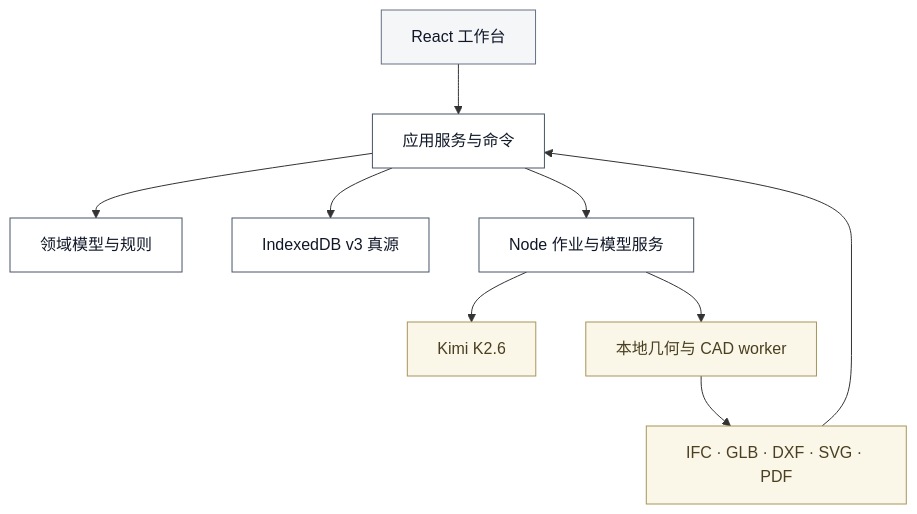
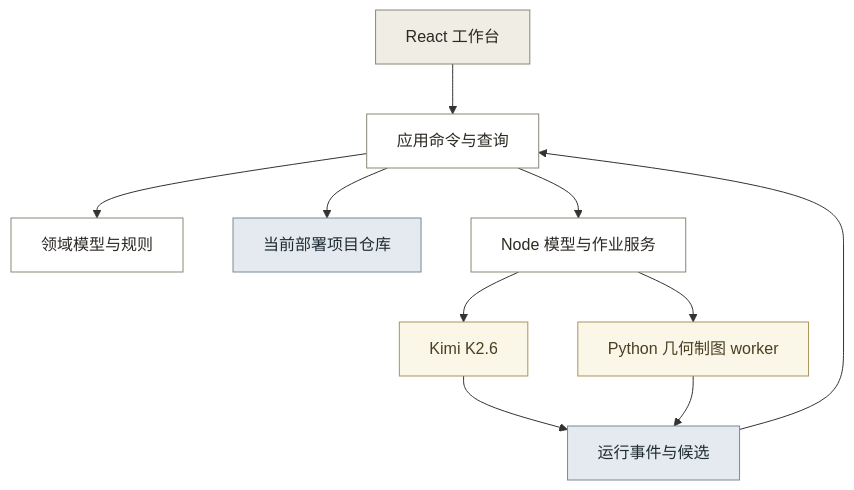
Before and after one commit to jiajiajiang91-design/gujian-conservation-workbench: the first of 2 diagrams in 13-9_技术架构_古建保护成果工作台.md, drawn with Mermaid. The commit also changed other lines of this file, not shown here.

Commit message:
docs(architecture): define professional workbench v1.2

````diff
--- a/13-9_技术架构_古建保护成果工作台.md
+++ b/13-9_技术架构_古建保护成果工作台.md
@@ -82,18 +80,21 @@
 ```mermaid
 flowchart TB
-    UI["React 工作台"] --> APP["应用服务与命令"]
+    UI["React 工作台"] --> APP["应用命令与查询"]
     APP --> DOMAIN["领域模型与规则"]
-    APP --> DB["IndexedDB v3 真源"]
-    APP --> NODE["Node 作业与模型服务"]
+    APP --> REPO["当前部署项目仓库"]
+    APP --> NODE["Node 模型与作业服务"]
     NODE --> KIMI["Kimi K2.6"]
-    NODE --> CAD["本地几何与 CAD worker"]
-    CAD --> OUTPUT["IFC · GLB · DXF · SVG · PDF"]
-    OUTPUT --> APP
+    NODE --> CAD["Python 几何制图 worker"]
+    KIMI --> RESULT["运行事件与候选"]
+    CAD --> RESULT
+    RESULT --> APP
 
-    classDef ui fill:#F5F6F8,stroke:#667085,color:#101828
-    classDef core fill:#FFFFFF,stroke:#475467,color:#101828
+    classDef ui fill:#F0EDE4,stroke:#8B8676,color:#2D2A24
+    classDef core fill:#FFFFFF,stroke:#8B8676,color:#2D2A24
+    classDef data fill:#E4EAF0,stroke:#7A8996,color:#1F2A33
     classDef external fill:#FAF6E8,stroke:#A8955A,color:#4A3F20
     class UI ui
-    class APP,DOMAIN,DB,NODE core
-    class KIMI,CAD,OUTPUT external
+    class APP,DOMAIN,NODE core
+    class REPO,RESULT data
+    class KIMI,CAD external
 ```
````
